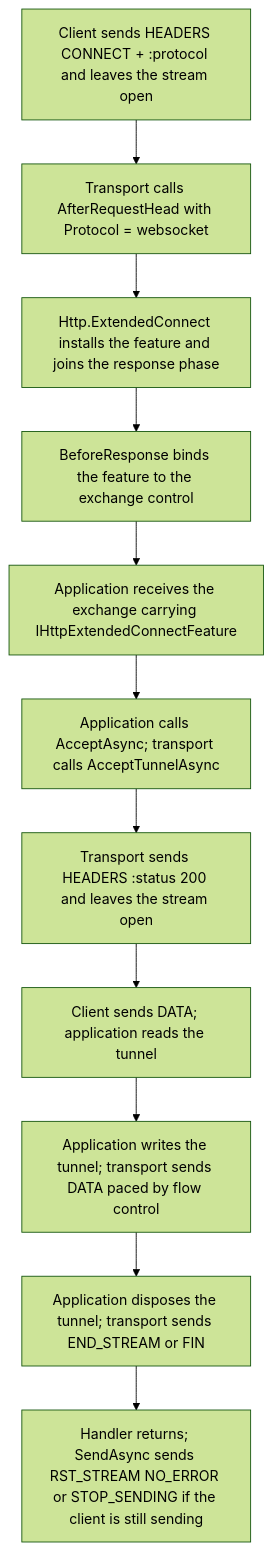
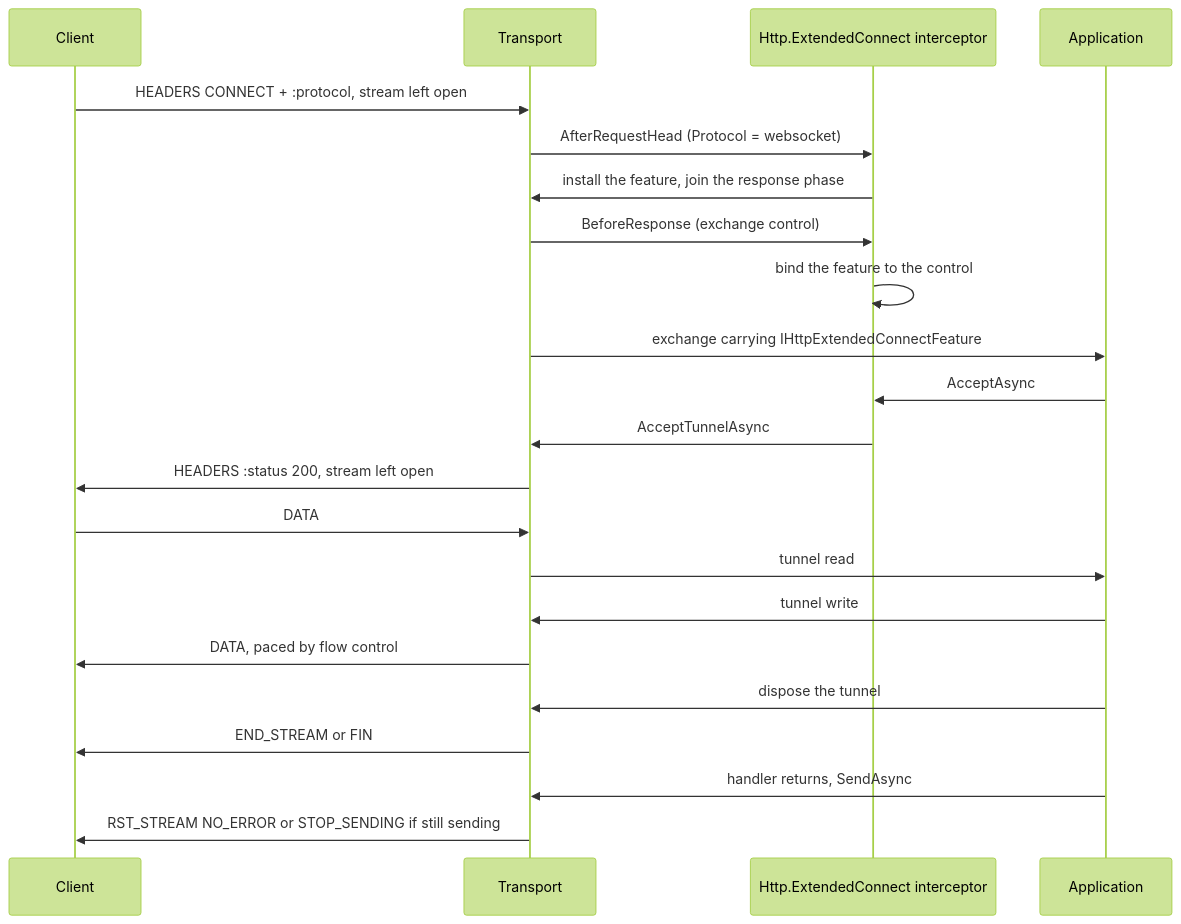
Before and after one commit to assimalign/cohesion-docs: the fifth of 5 diagrams in docs/dotnet-apis/libraries/http/assimalign-cohesion-http-connections/design.md, drawn with Mermaid (forest theme). The commit also changed other lines of this file and 71 other files, not shown here.

````diff
--- a/docs/dotnet-apis/libraries/http/assimalign-cohesion-http-connections/design.md
+++ b/docs/dotnet-apis/libraries/http/assimalign-cohesion-http-connections/design.md
@@ -2869,13 +3059,24 @@
 ```mermaid
-flowchart TD
-    Request["Client sends HEADERS CONNECT + :protocol and leaves the stream open"] --> Parse["Transport calls AfterRequestHead with Protocol = websocket"]
-    Parse --> Feature["Http.ExtendedConnect installs the feature and joins the response phase"]
-    Feature --> Bind["BeforeResponse binds the feature to the exchange control"]
-    Bind --> Dispatch["Application receives the exchange carrying IHttpExtendedConnectFeature"]
-    Dispatch --> Accept["Application calls AcceptAsync; transport calls AcceptTunnelAsync"]
-    Accept --> Head["Transport sends HEADERS :status 200 and leaves the stream open"]
-    Head --> Read["Client sends DATA; application reads the tunnel"]
-    Read --> Write["Application writes the tunnel; transport sends DATA paced by flow control"]
-    Write --> Close["Application disposes the tunnel; transport sends END_STREAM or FIN"]
-    Close --> End["Handler returns; SendAsync sends RST_STREAM NO_ERROR or STOP_SENDING if the client is still sending"]
+sequenceDiagram
+    participant Client
+    participant Transport
+    participant Ext as Http.ExtendedConnect interceptor
+    participant App as Application
+    Client->>Transport: HEADERS CONNECT + :protocol, stream left open
+    Transport->>Ext: AfterRequestHead (Protocol = websocket)
+    Ext->>Transport: install the feature, join the response phase
+    Transport->>Ext: BeforeResponse (exchange control)
+    Ext->>Ext: bind the feature to the control
+    Transport->>App: exchange carrying IHttpExtendedConnectFeature
+    App->>Ext: AcceptAsync
+    Ext->>Transport: AcceptTunnelAsync
+    Transport->>Client: HEADERS :status 200, stream left open
+    Client->>Transport: DATA
+    Transport->>App: tunnel read
+    App->>Transport: tunnel write
+    Transport->>Client: DATA, paced by flow control
+    App->>Transport: dispose the tunnel
+    Transport->>Client: END_STREAM or FIN
+    App->>Transport: handler returns, SendAsync
+    Transport->>Client: RST_STREAM NO_ERROR or STOP_SENDING if still sending
 ```
````
